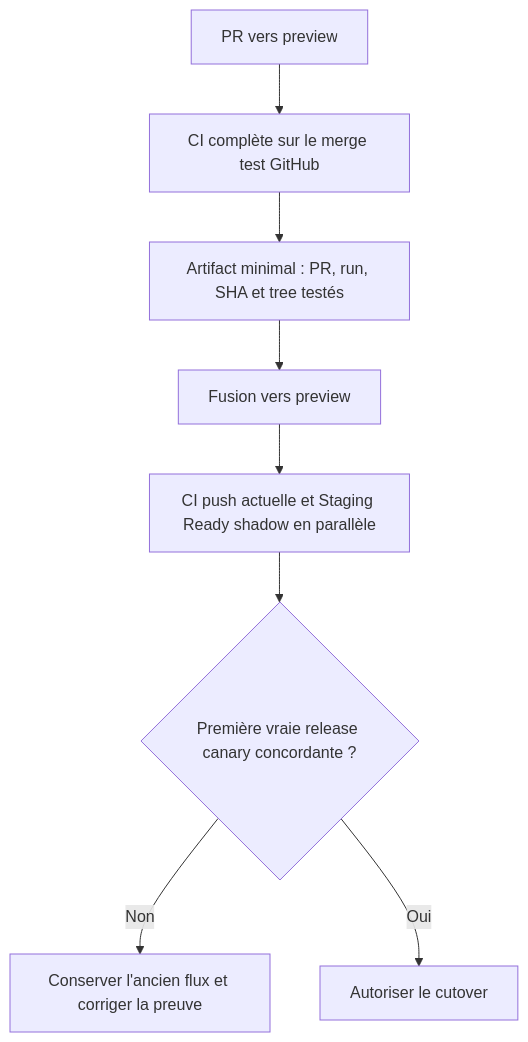
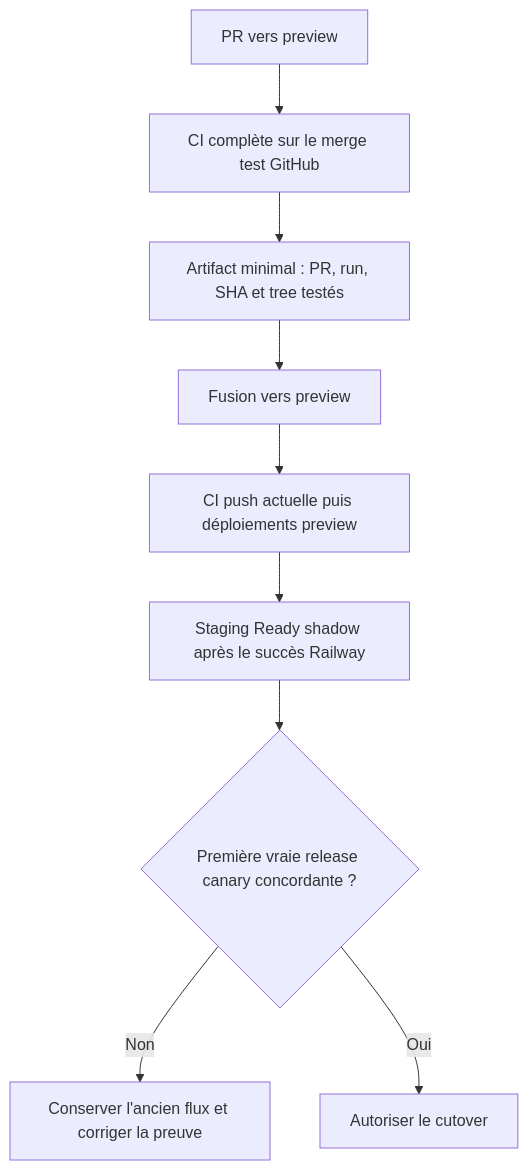
The first of 2 diagrams in aidd_docs/tasks/2026_08/2026_08_16_protected-release-promotion/phase-1.md (neogenz/pulpe), drawn with Mermaid before and after one commit. The commit also changed other lines of this file and 5 other files, not shown here.

Commit message:
fix(release): avoid staging deployment deadlock

````diff
--- a/aidd_docs/tasks/2026_08/2026_08_16_protected-release-promotion/phase-1.md
+++ b/aidd_docs/tasks/2026_08/2026_08_16_protected-release-promotion/phase-1.md
@@ -22,10 +22,11 @@
 ```mermaid
 flowchart TD
   A["PR vers preview"] --> B["CI complète sur le merge test GitHub"]
   B --> C["Artifact minimal : PR, run, SHA et tree testés"]
   C --> D["Fusion vers preview"]
-  D --> E["CI push actuelle et Staging Ready shadow en parallèle"]
-  E --> F{"Première vraie release canary concordante ?"}
-  F -->|Non| G["Conserver l'ancien flux et corriger la preuve"]
-  F -->|Oui| H["Autoriser le cutover"]
+  D --> E["CI push actuelle puis déploiements preview"]
+  E --> F["Staging Ready shadow après le succès Railway"]
+  F --> G{"Première vraie release canary concordante ?"}
+  G -->|Non| H["Conserver l'ancien flux et corriger la preuve"]
+  G -->|Oui| I["Autoriser le cutover"]
 ```
````
